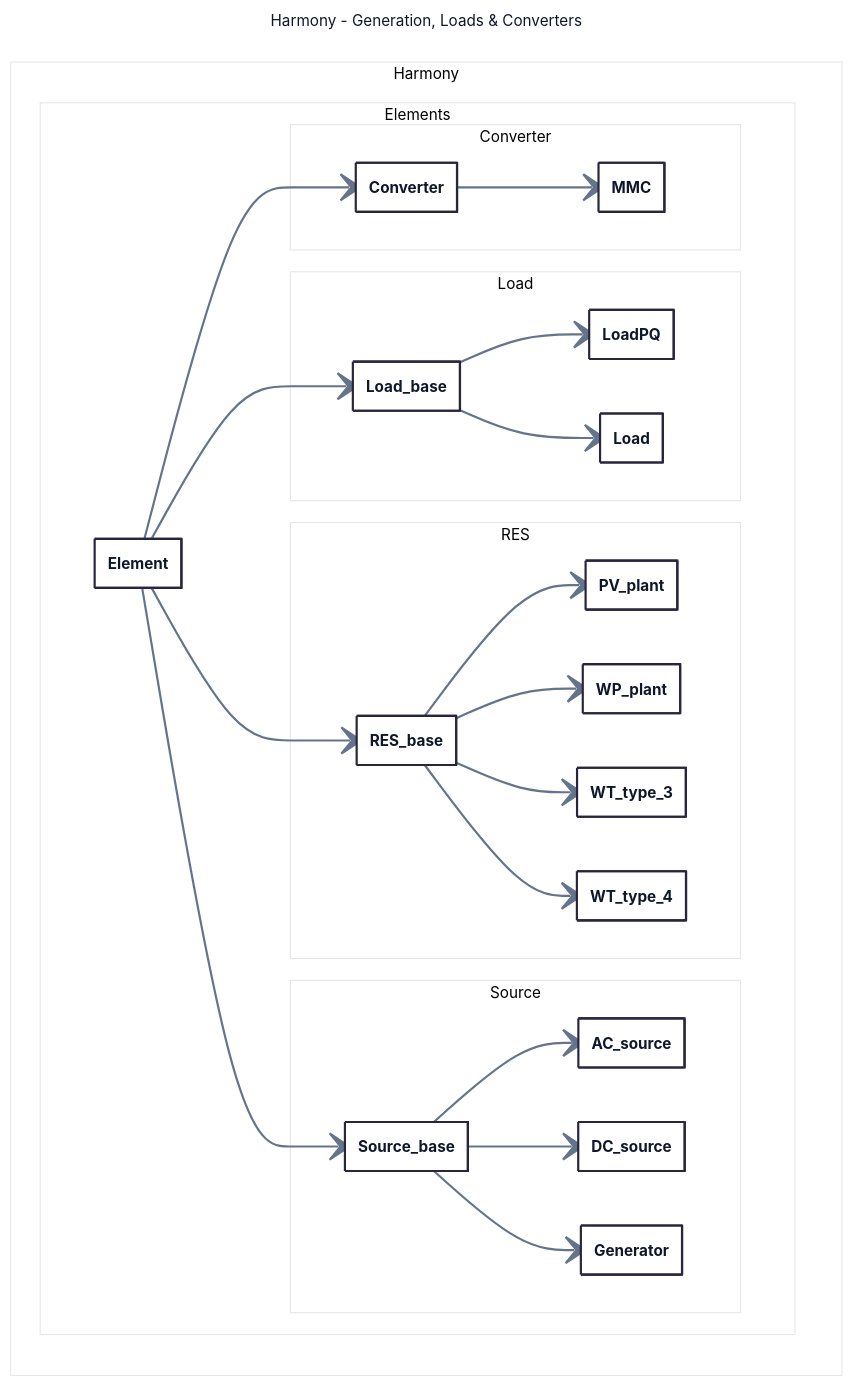
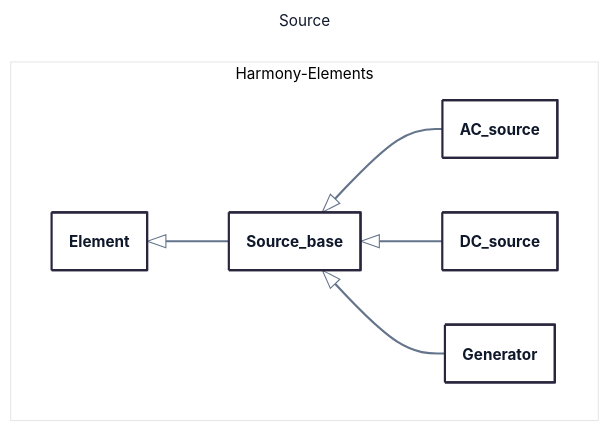
Before and after one commit to yiquintero/tmp: the second of 4 diagrams in class_diagram.md, drawn with Mermaid. The commit also changed other lines of this file, not shown here.

First line of the commit message:
Refactor class diagram for RES elements

````diff
--- a/class_diagram.md
+++ b/class_diagram.md
@@ -124,59 +50,30 @@
 ```mermaid
 ---
-title: Harmony - Generation, Loads & Converters
+title: Source
 config:
   theme: redux-color
   themeVariables:
-    fontFamily: Inter, Segoe UI, sans-serif
+    fontFamily: Segoe UI, -apple-system, BlinkMacSystemFont, sans-serif
     lineColor: "#64748B"
     primaryTextColor: "#0F172A"
+  flowchart:
+    wrappingWidth: 450
   class:
     hideEmptyMembersBox: true
+    padding: 16
 ---
 classDiagram
-  direction LR
-
-  namespace Harmony.Elements {
+  namespace Harmony-Elements {
     class Element {}
   }
-
-  namespace Harmony.Elements.Converter {
-    class Converter {}
-    class MMC {}
-  }
-  Element --> Converter
-  Converter --> MMC
-
-  namespace Harmony.Elements.Load {
-    class Load_base {}
-    class LoadPQ {}
-    class Load {}
-  }
-  Element --> Load_base
-  Load_base --> LoadPQ
-  Load_base --> Load
-
-  namespace Harmony.Elements.RES {
-    class PV_plant {}
-    class RES_base {}
-    class WP_plant {}
-    class WT_type_3 {}
-    class WT_type_4 {}
-  }
-  Element --> RES_base
-  RES_base --> PV_plant
-  RES_base --> WP_plant
-  RES_base --> WT_type_3
-  RES_base --> WT_type_4
-
-  namespace Harmony.Elements.Source {
+  namespace Harmony-Elements {
     class Source_base {}
     class AC_source {}
     class DC_source {}
     class Generator {}
   }
-  Element --> Source_base
-  Source_base --> AC_source
-  Source_base --> DC_source
-  Source_base --> Generator
+  Element <|-- Source_base
+  Source_base <|-- AC_source
+  Source_base <|-- DC_source
+  Source_base <|-- Generator
 ```
````
